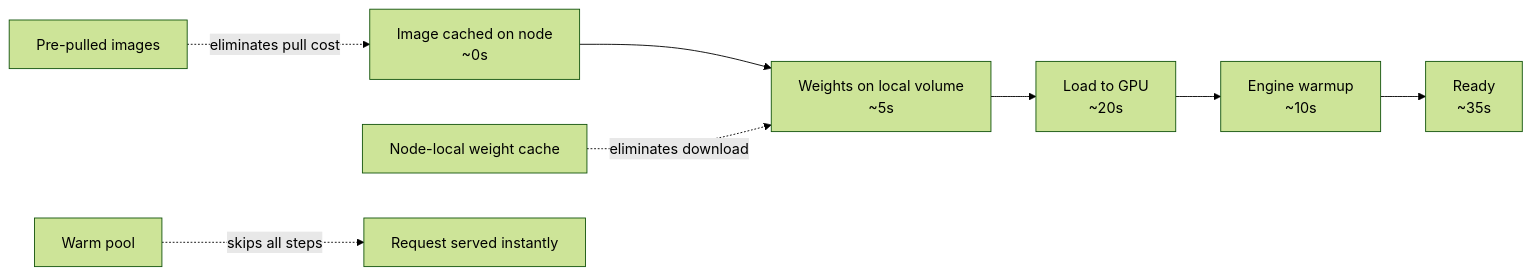
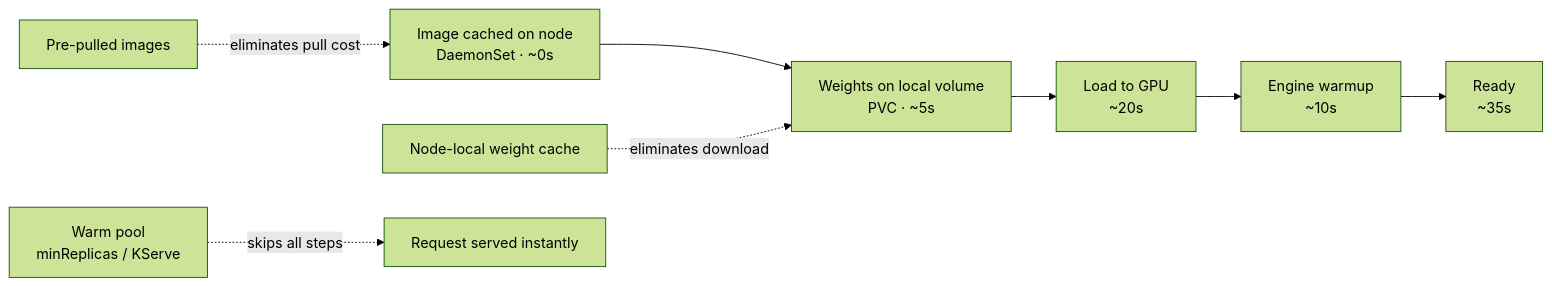
The second of 2 diagrams in pains/05-cold-start.md (arun-gupta/cloudnative-for-ai-developers), drawn with Mermaid (forest theme) before and after one commit.

Commit message:
feat(pain-5): annotate primitives diagram with CN terminology

````diff
--- a/pains/05-cold-start.md
+++ b/pains/05-cold-start.md
@@ -24,7 +24,7 @@
 ```mermaid
 flowchart LR
-    A2[Image cached on node<br/>~0s] --> B2[Weights on local volume<br/>~5s] --> C2[Load to GPU<br/>~20s] --> D2[Engine warmup<br/>~10s] --> E2[Ready<br/>~35s]
+    A2[Image cached on node<br/>DaemonSet · ~0s] --> B2[Weights on local volume<br/>PVC · ~5s] --> C2[Load to GPU<br/>~20s] --> D2[Engine warmup<br/>~10s] --> E2[Ready<br/>~35s]
     P1[Pre-pulled images] -.eliminates pull cost.-> A2
     P2[Node-local weight cache] -.eliminates download.-> B2
-    P3[Warm pool] -.skips all steps.-> F[Request served instantly]
+    P3[Warm pool<br/>minReplicas / KServe] -.skips all steps.-> F[Request served instantly]
 ```
````
